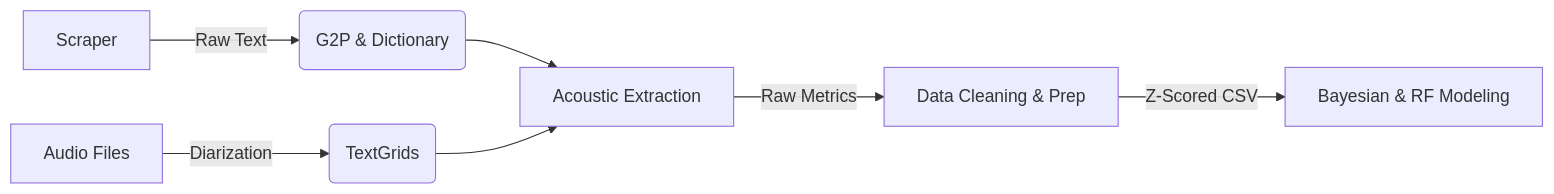
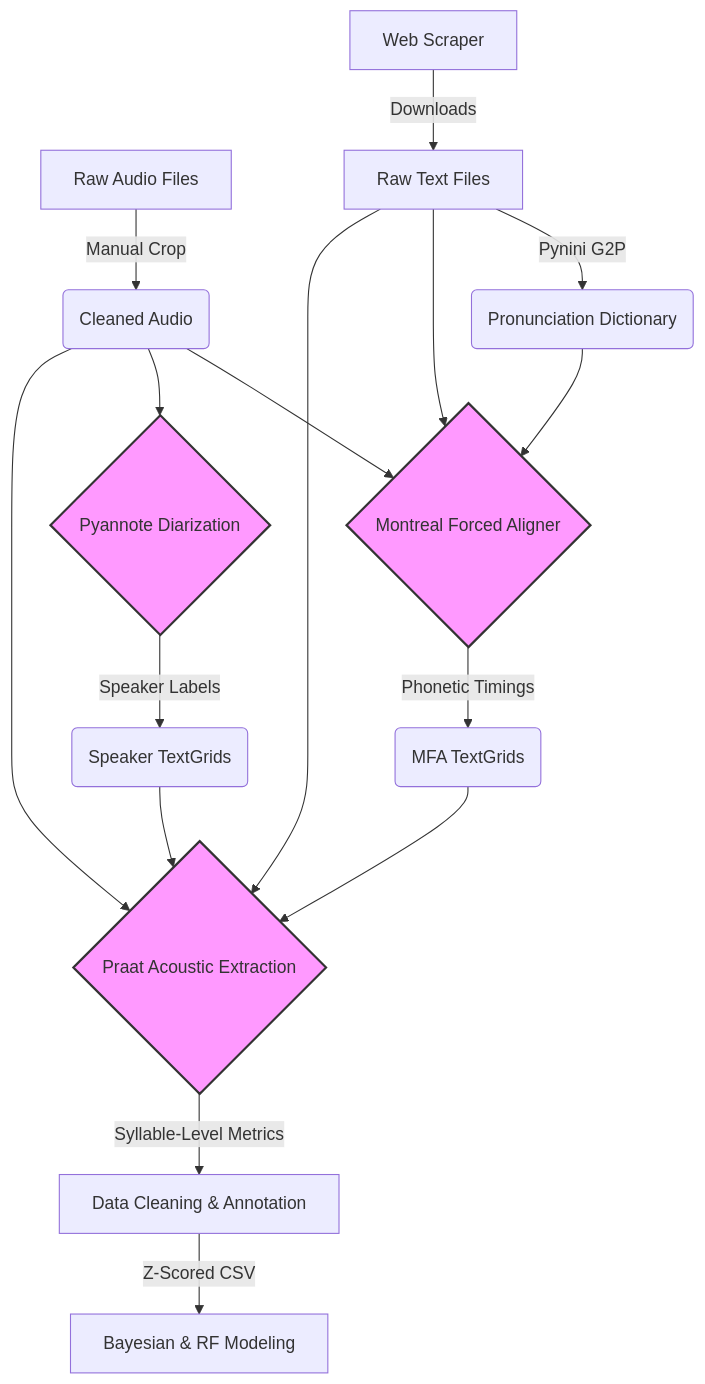
Before and after one commit to hectorgonalv/yine-acoustic-stress: the diagram in README.md, drawn with Mermaid.

Commit message:
Updated architecture flowchart

````diff
--- a/README.md
+++ b/README.md
@@ -26,9 +26,32 @@
 ```mermaid
-graph LR
-    A[Scraper] -->|Raw Text| B(G2P & Dictionary)
-    C[Audio Files] -->|Diarization| D(TextGrids)
-    B --> E[Acoustic Extraction]
-    D --> E
-    E -->|Raw Metrics| F[Data Cleaning & Prep]
-    F -->|Z-Scored CSV| G[Bayesian & RF Modeling]
+graph TD
+    %% Define Nodes and Shapes
+    A[Raw Audio Files] -->|Manual Crop| B(Cleaned Audio)
+    
+    C[Web Scraper] -->|Downloads| D[Raw Text Files]
+    D -->|Pynini G2P| E(Pronunciation Dictionary)
+    
+    %% The MFA Process
+    B --> MFA{Montreal Forced Aligner}
+    D --> MFA
+    E --> MFA
+    MFA -->|Phonetic Timings| F(MFA TextGrids)
+    
+    %% The Diarization Process
+    B --> DIA{Pyannote Diarization}
+    DIA -->|Speaker Labels| G(Speaker TextGrids)
+    
+    %% The Acoustic Extraction Process
+    B --> EXT{Praat Acoustic Extraction}
+    D --> EXT
+    F --> EXT
+    G --> EXT
+    
+    %% Downstream Statistical Pipeline
+    EXT -->|Syllable-Level Metrics| H[Data Cleaning & Annotation]
+    H -->|Z-Scored CSV| I[Bayesian & RF Modeling]
+
+    %% Styling to make processes stand out
+    classDef process fill:#f9f,stroke:#333,stroke-width:2px;
+    class MFA,DIA,EXT process;
 ```
````
